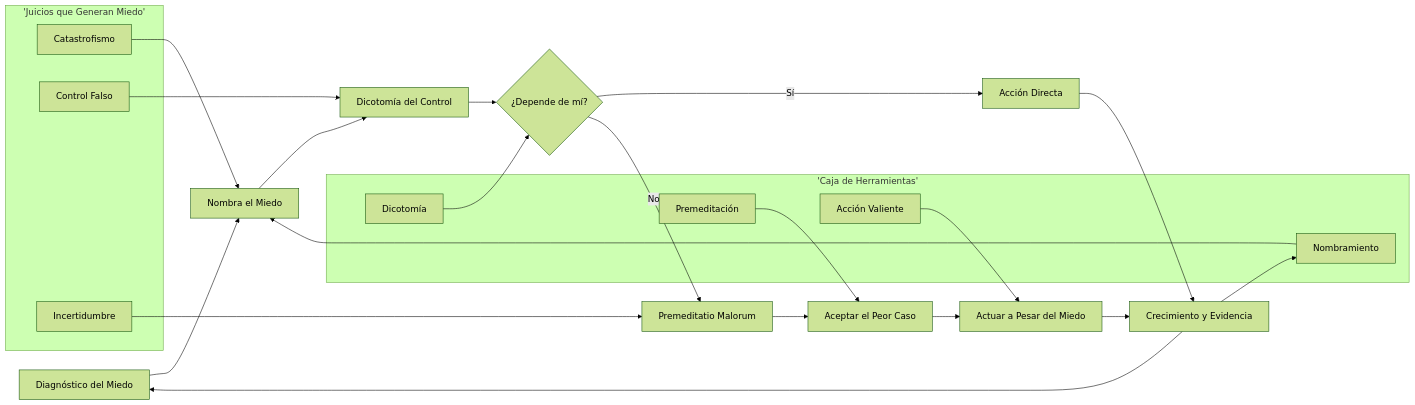
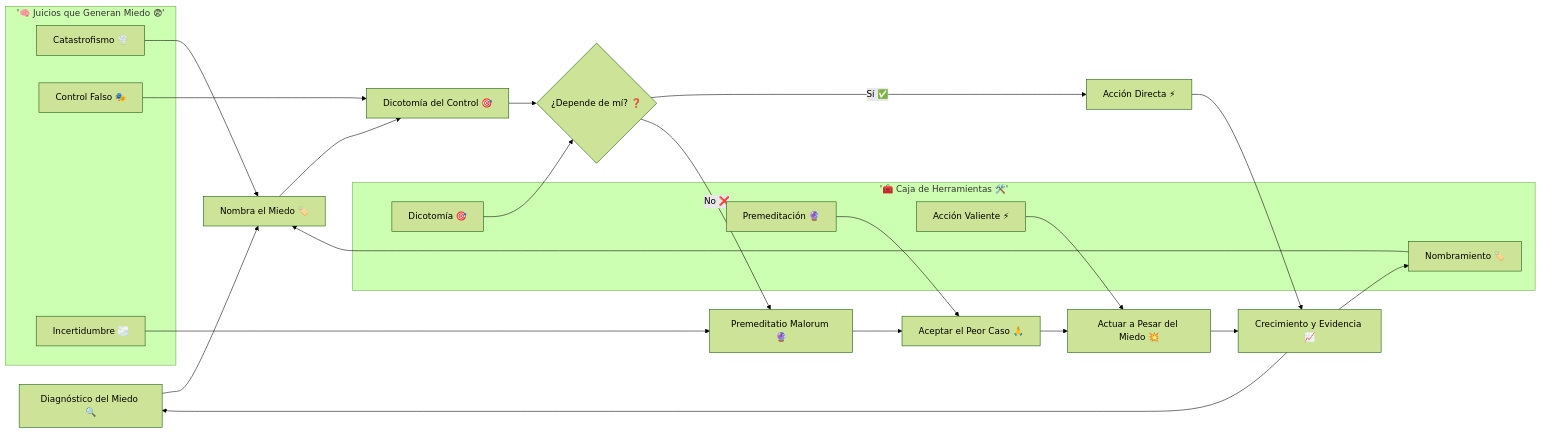
The first of 2 diagrams in src/content/blog/estoicismo-miedo-masterclass.md (jeroroldan/jeronimo-blog), drawn with Mermaid (forest theme) before and after one commit. The commit also changed other lines of this file and 1 other file, not shown here.

````diff
--- a/src/content/blog/estoicismo-miedo-masterclass.md
+++ b/src/content/blog/estoicismo-miedo-masterclass.md
@@ -30,35 +30,35 @@
 ```mermaid
 flowchart LR
-    A[Diagnóstico del Miedo] --> B[Nombra el Miedo]
-    B --> C[Dicotomía del Control]
-    C --> D{¿Depende de mí?}
-    D -->|Sí| E[Acción Directa]
-    D -->|No| F[Premeditatio Malorum]
-    F --> G[Aceptar el Peor Caso]
-    G --> H[Actuar a Pesar del Miedo]
-    E --> I[Crecimiento y Evidencia]
+    A[Diagnóstico del Miedo 🔍] --> B[Nombra el Miedo 🏷️]
+    B --> C[Dicotomía del Control 🎯]
+    C --> D{¿Depende de mí? ❓}
+    D -->|Sí ✅| E[Acción Directa ⚡]
+    D -->|No ❌| F[Premeditatio Malorum 🔮]
+    F --> G[Aceptar el Peor Caso 🙏]
+    G --> H[Actuar a Pesar del Miedo 💥]
+    E --> I[Crecimiento y Evidencia 📈]
     H --> I
     I --> A
 
-    subgraph JUICIOS ['Juicios que Generan Miedo']
-        J1[Catastrofismo]
-        J2[Control Falso]
-        J3[Incertidumbre]
+    subgraph JUICIOS ['🧠 Juicios que Generan Miedo 😨']
+        J1[Catastrofismo 🌪️]
+        J2[Control Falso 🎭]
+        J3[Incertidumbre 🌫️]
     end
 
-    subgraph HERRAMIENTAS ['Caja de Herramientas']
-        H1[Nombramiento]
-        H2[Dicotomía]
-        H3[Premeditación]
-        H4[Acción Valiente]
+    subgraph HERRAMIENTAS ['🧰 Caja de Herramientas 🛠️']
+        H1[Nombramiento 🏷️]
+        H2[Dicotomía 🎯]
+        H3[Premeditación 🔮]
+        H4[Acción Valiente ⚡]
     end
 
     J1 --> B
     J2 --> C
     J3 --> F
     H1 --> B
     H2 --> D
     H3 --> G
     H4 --> H
     I --> H1
 ```
````
